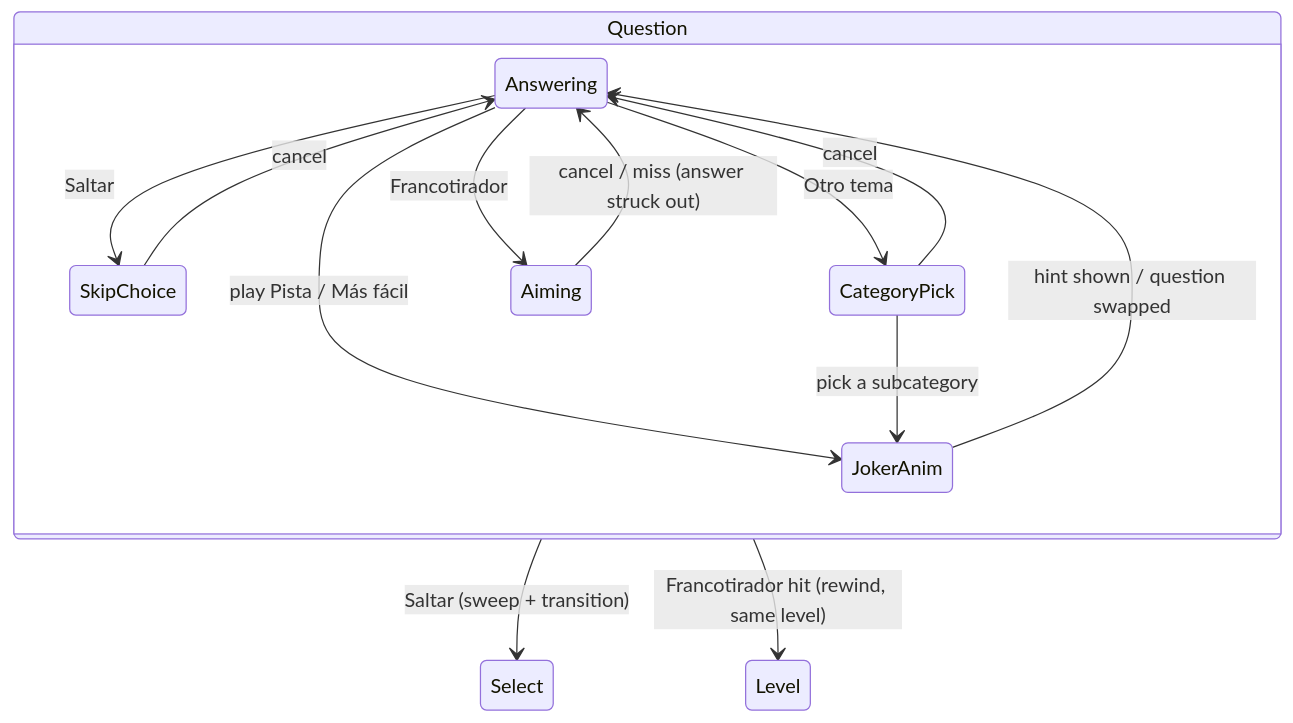
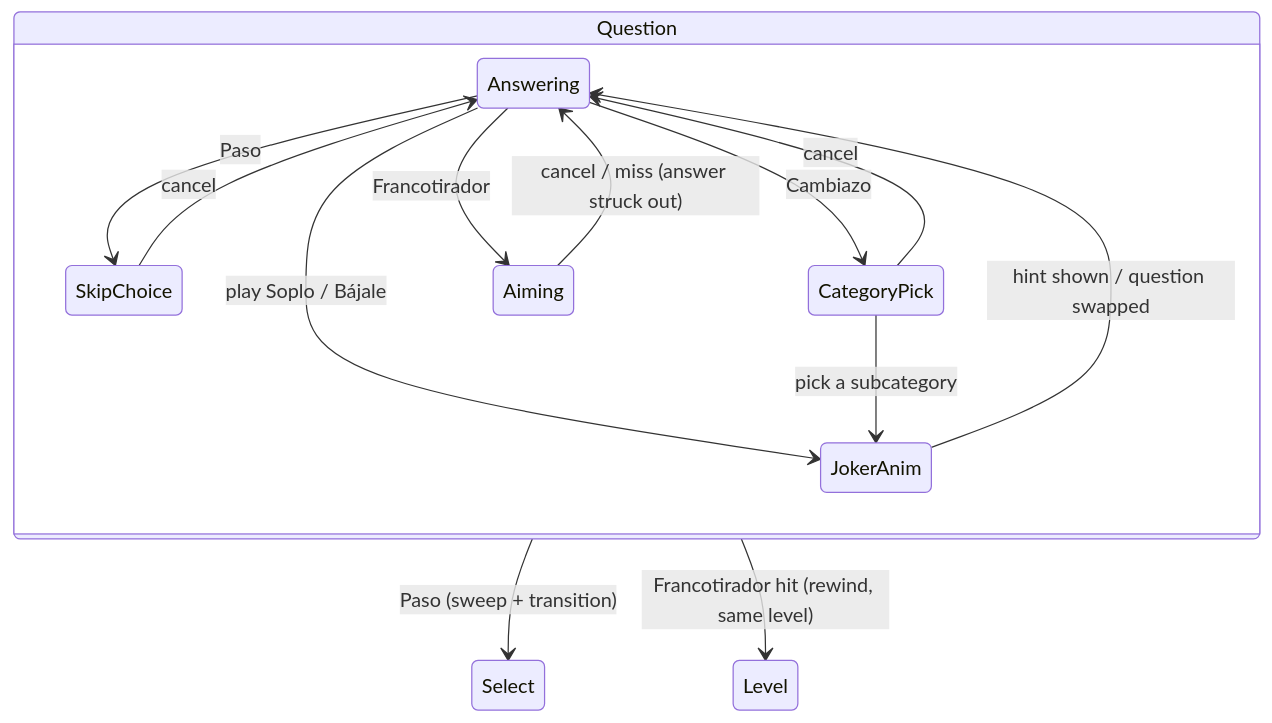
Before and after one commit to rubenmoor/trivia: the diagram in plans/09-jokers.md, drawn with Mermaid. The commit also changed other lines of this file and 21 other files, not shown here.

````diff
--- a/plans/09-jokers.md
+++ b/plans/09-jokers.md
@@ -112,16 +112,16 @@
 ```mermaid
 stateDiagram-v2
   state Question {
-    Answering --> JokerAnim: play Pista / Más fácil
+    Answering --> JokerAnim: play Soplo / Bájale
     JokerAnim --> Answering: hint shown / question swapped
-    Answering --> SkipChoice: Saltar
+    Answering --> SkipChoice: Paso
     SkipChoice --> Answering: cancel
-    Answering --> CategoryPick: Otro tema
+    Answering --> CategoryPick: Cambiazo
     CategoryPick --> JokerAnim: pick a subcategory
     CategoryPick --> Answering: cancel
     Answering --> Aiming: Francotirador
     Aiming --> Answering: cancel / miss (answer struck out)
   }
-  Question --> Select: Saltar (sweep + transition)
+  Question --> Select: Paso (sweep + transition)
   Question --> Level: Francotirador hit (rewind, same level)
 ```
````
